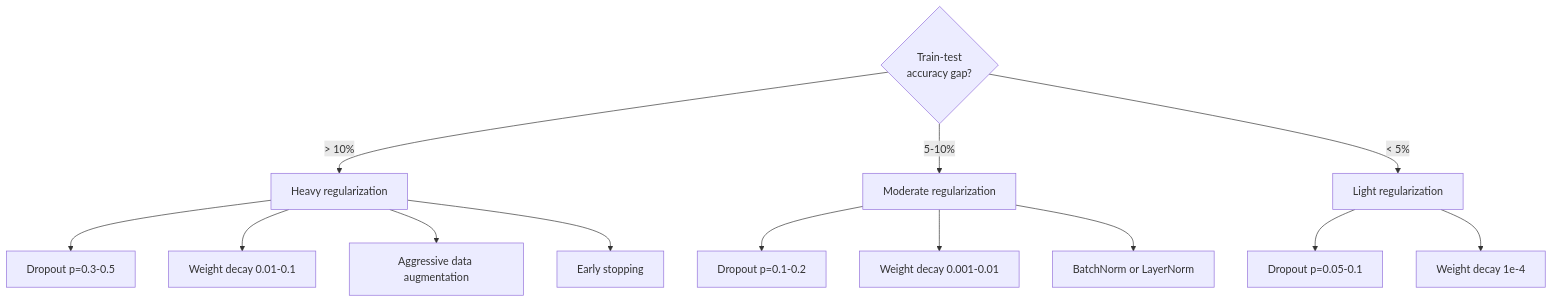
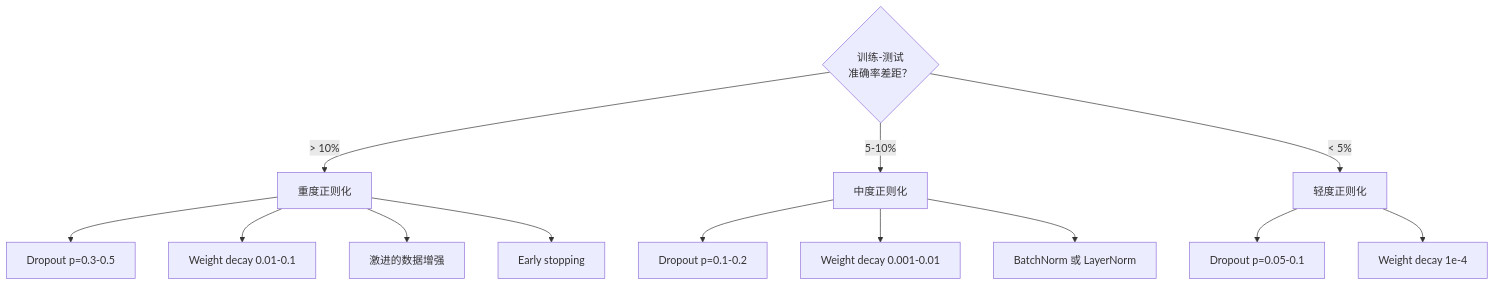
The third of 3 diagrams in phases/03-deep-learning-core/07-regularization/docs/zh.md (JerryC8080/ai-engineering-from-scratch-zh), drawn with Mermaid before and after one commit. The commit also changed other lines of this file and 156 other files, not shown here.

First line of the commit message:
i18n(zh): translate mermaid diagram labels in 157 lesson zh.md

````diff
--- a/phases/03-deep-learning-core/07-regularization/docs/zh.md
+++ b/phases/03-deep-learning-core/07-regularization/docs/zh.md
@@ -173,18 +173,18 @@
 ```mermaid
 flowchart TD
-    Gap{"Train-test<br/>accuracy gap?"} -->|"> 10%"| Heavy["Heavy regularization"]
-    Gap -->|"5-10%"| Medium["Moderate regularization"]
-    Gap -->|"< 5%"| Light["Light regularization"]
+    Gap{"训练-测试<br/>准确率差距？"} -->|"> 10%"| Heavy["重度正则化"]
+    Gap -->|"5-10%"| Medium["中度正则化"]
+    Gap -->|"< 5%"| Light["轻度正则化"]
 
     Heavy --> D5["Dropout p=0.3-0.5"]
     Heavy --> WD2["Weight decay 0.01-0.1"]
-    Heavy --> Aug["Aggressive data augmentation"]
+    Heavy --> Aug["激进的数据增强"]
     Heavy --> ES["Early stopping"]
 
     Medium --> D3["Dropout p=0.1-0.2"]
     Medium --> WD1["Weight decay 0.001-0.01"]
-    Medium --> Norm["BatchNorm or LayerNorm"]
+    Medium --> Norm["BatchNorm 或 LayerNorm"]
 
     Light --> D1["Dropout p=0.05-0.1"]
     Light --> WD0["Weight decay 1e-4"]
 ```
````
